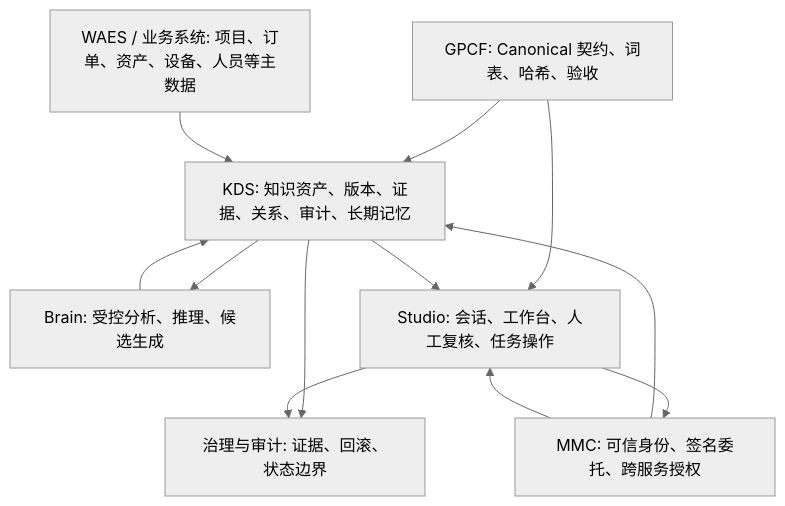
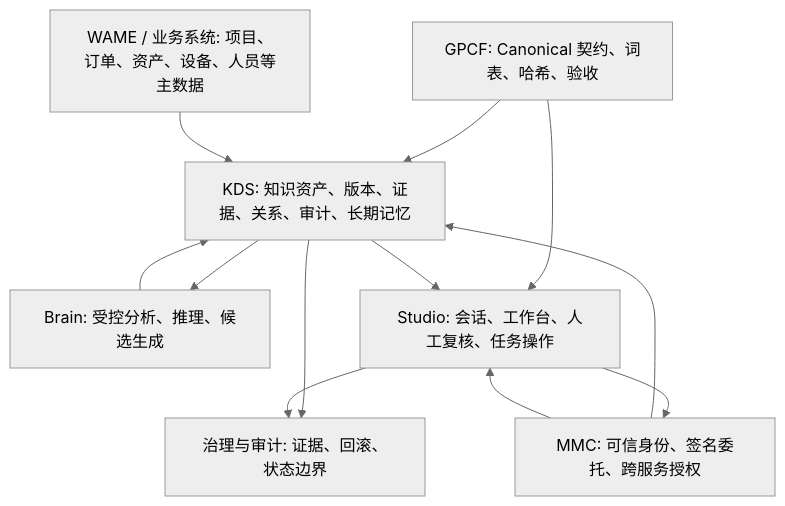
Before and after one commit to Jiumilu/GCGPCF: the diagram in 03-data-ai-knowledge/GlobalCloud项目群知识工程规范.md, drawn with Mermaid (neutral theme). The commit also changed other lines of this file and 968 other files, not shown here.

First line of the commit message:
docs(naming): WAES→WAME 命名与文档层全局同步（Markdown）

````diff
--- a/03-data-ai-knowledge/GlobalCloud项目群知识工程规范.md
+++ b/03-data-ai-knowledge/GlobalCloud项目群知识工程规范.md
@@ -59,22 +59,22 @@
 ```mermaid
 flowchart TB
   GPCF["GPCF: Canonical 契约、词表、哈希、验收"]
   MMC["MMC: 可信身份、签名委托、跨服务授权"]
-  WAES["WAES / 业务系统: 项目、订单、资产、设备、人员等主数据"]
+  WAME["WAME / 业务系统: 项目、订单、资产、设备、人员等主数据"]
   KDS["KDS: 知识资产、版本、证据、关系、审计、长期记忆"]
   Brain["Brain: 受控分析、推理、候选生成"]
   Studio["Studio: 会话、工作台、人工复核、任务操作"]
   Audit["治理与审计: 证据、回滚、状态边界"]
 
   GPCF --> KDS
   GPCF --> Studio
   MMC --> KDS
   MMC --> Studio
-  WAES --> KDS
+  WAME --> KDS
   KDS --> Brain
   Brain --> KDS
   KDS --> Studio
   Studio --> MMC
   KDS --> Audit
   Studio --> Audit
 ```
````
